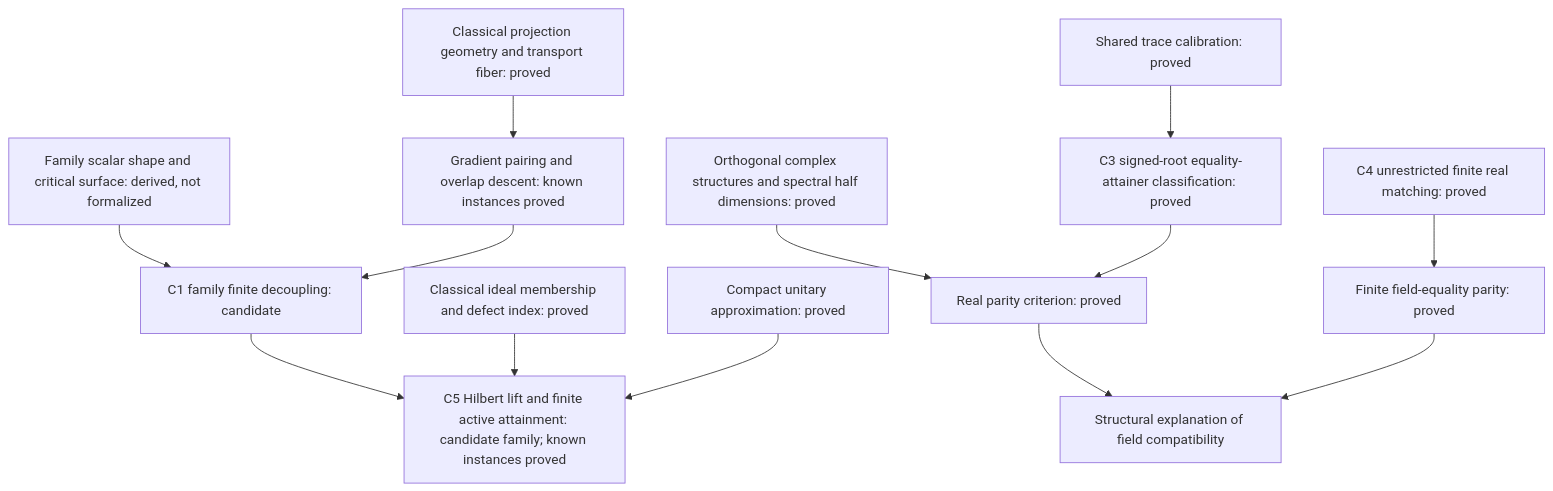
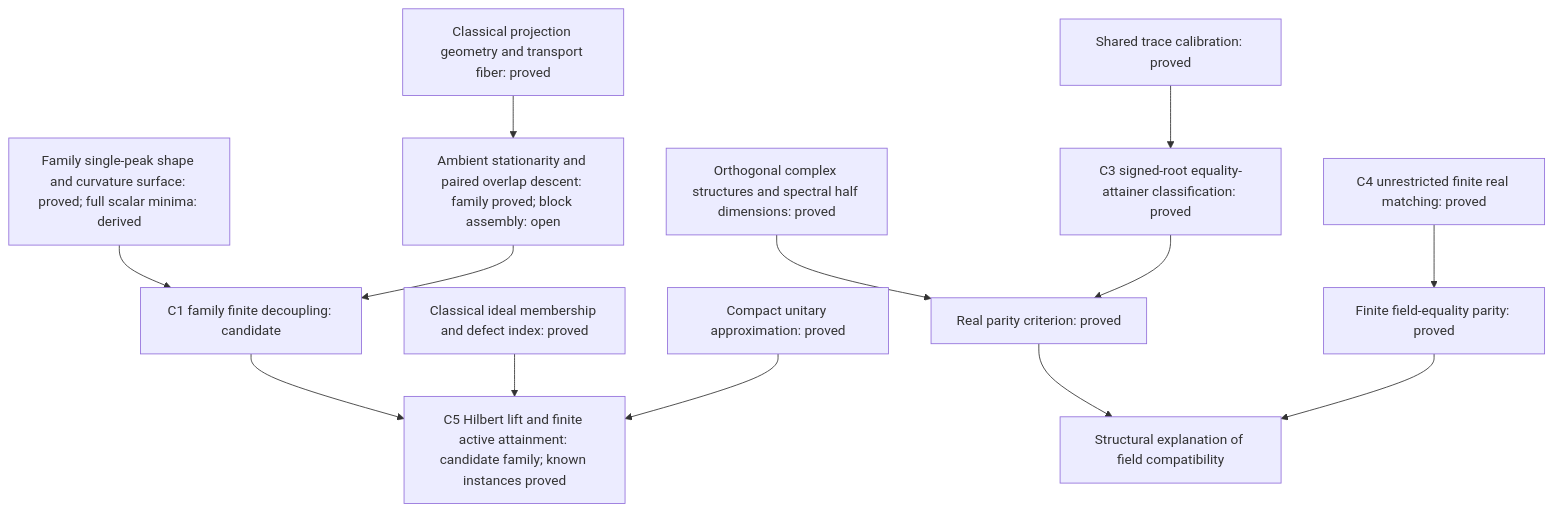
One commit to AIQ-Kitware/aiq-dkps-formalization changed the diagram in dev/spectral-transport-publication-core.md. Above: the diagram before and after it, drawn with Mermaid. The commit also changed other lines of this file and 14 other files, not shown here.

````diff
--- a/dev/spectral-transport-publication-core.md
+++ b/dev/spectral-transport-publication-core.md
@@ -189,15 +204,15 @@
 ```mermaid
 flowchart TD
-  G[Classical projection geometry and transport fiber: proved] --> D[Gradient pairing and overlap descent: known instances proved]
-  S[Family scalar shape and critical surface: derived, not formalized] --> F[C1 family finite decoupling: candidate]
+  G[Classical projection geometry and transport fiber: proved] --> D[Ambient stationarity and paired overlap descent: family proved; block assembly: open]
+  S[Family single-peak shape and curvature surface: proved; full scalar minima: derived] --> F[C1 family finite decoupling: candidate]
   D --> F
   F --> L[C5 Hilbert lift and finite active attainment: candidate family; known instances proved]
   I[Classical ideal membership and defect index: proved] --> L
   U[Compact unitary approximation: proved] --> L
   T[Shared trace calibration: proved] --> R[C3 signed-root equality-attainer classification: proved]
   J[Orthogonal complex structures and spectral half dimensions: proved] --> P[Real parity criterion: proved]
   R --> P
   M[C4 unrestricted finite real matching: proved] --> E[Finite field-equality parity: proved]
   P --> X[Structural explanation of field compatibility]
   E --> X
 ```
````
